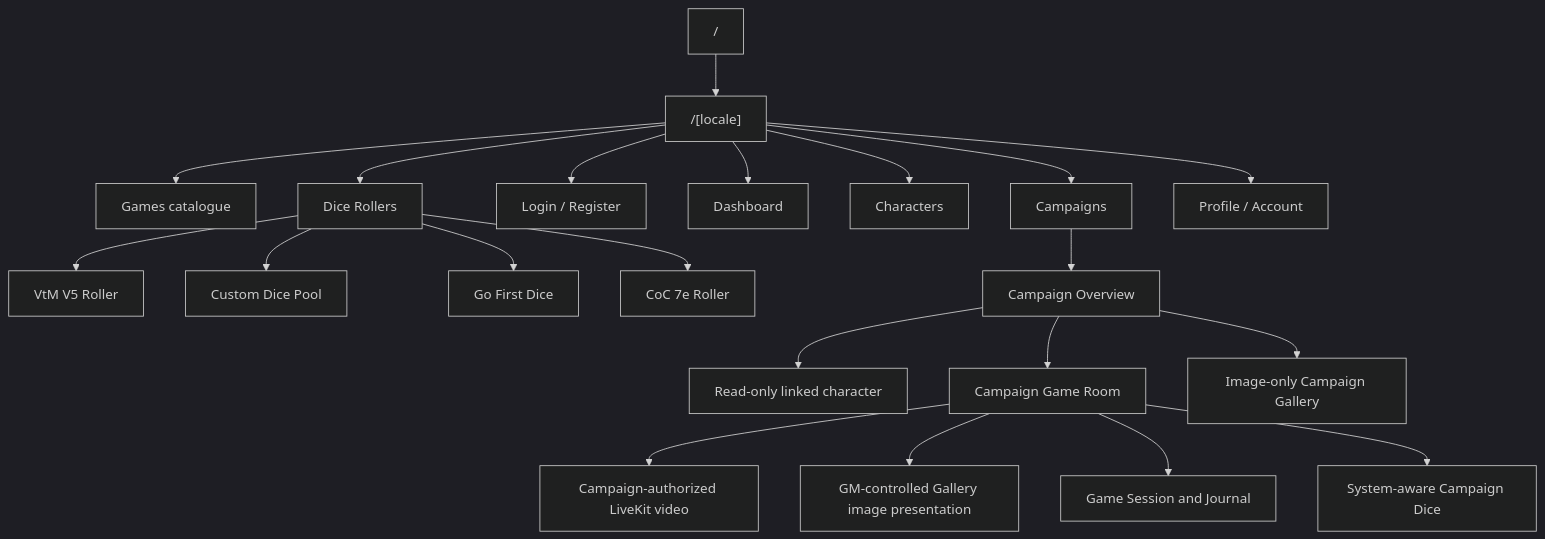
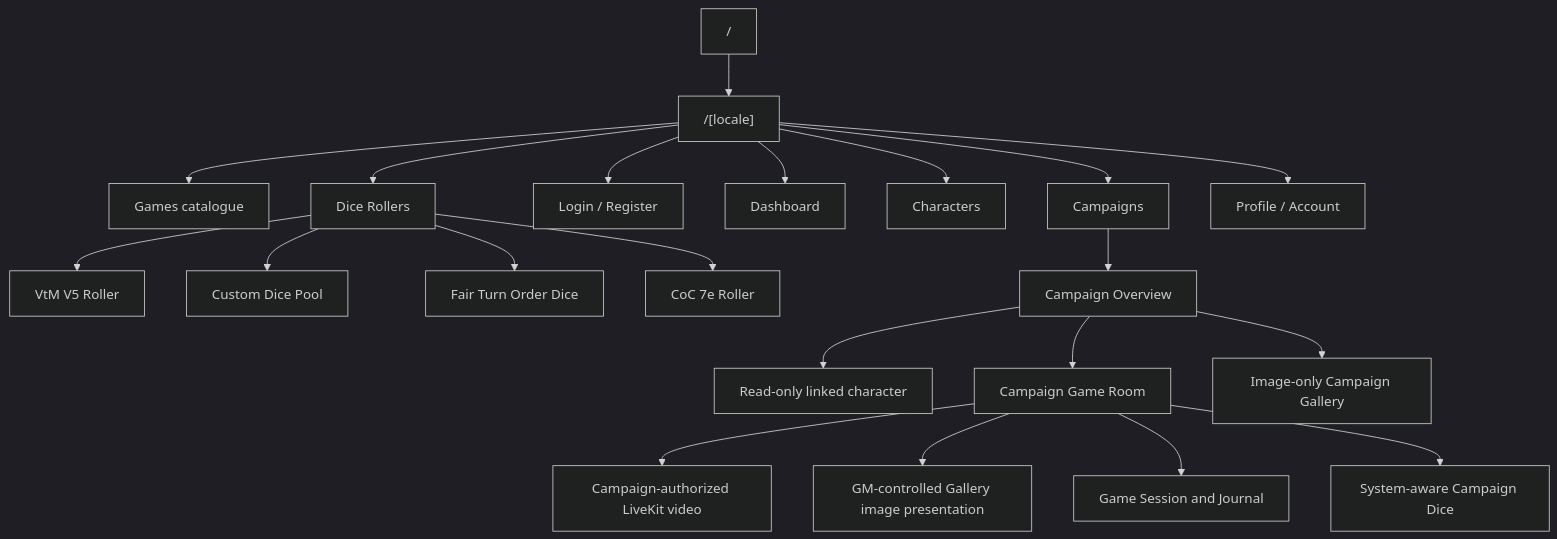
Before and after one commit to Andrey-0101/ttrpg-website: the first of 2 diagrams in docs/product/SITE_MAP.md, drawn with Mermaid (dark theme). The commit also changed other lines of this file and 10 other files, not shown here.

````diff
--- a/docs/product/SITE_MAP.md
+++ b/docs/product/SITE_MAP.md
@@ -9,23 +9,23 @@
 ```mermaid
 flowchart TD
     ROOT["/"] --> LOCALE["/[locale]"]
     LOCALE --> GAMES["Games catalogue"]
     LOCALE --> DICE["Dice Rollers"]
     LOCALE --> AUTH["Login / Register"]
     LOCALE --> DASHBOARD["Dashboard"]
     LOCALE --> CHARACTERS["Characters"]
     LOCALE --> CAMPAIGNS["Campaigns"]
     LOCALE --> PROFILE["Profile / Account"]
     DICE --> VTM_DICE["VtM V5 Roller"]
     DICE --> CUSTOM_DICE["Custom Dice Pool"]
-    DICE --> GO_FIRST_DICE["Go First Dice"]
+    DICE --> GO_FIRST_DICE["Fair Turn Order Dice"]
     DICE --> COC_DICE["CoC 7e Roller"]
     CAMPAIGNS --> CAMPAIGN["Campaign Overview"]
     CAMPAIGN --> SHARED_CHARACTER["Read-only linked character"]
     CAMPAIGN --> GAME_ROOM["Campaign Game Room"]
     CAMPAIGN --> GALLERY["Image-only Campaign Gallery"]
     GAME_ROOM --> VIDEO["Campaign-authorized LiveKit video"]
     GAME_ROOM --> DISPLAY["GM-controlled Gallery image presentation"]
     GAME_ROOM --> SESSION["Game Session and Journal"]
     GAME_ROOM --> SYSTEM_DICE["System-aware Campaign Dice"]
 ```
````
